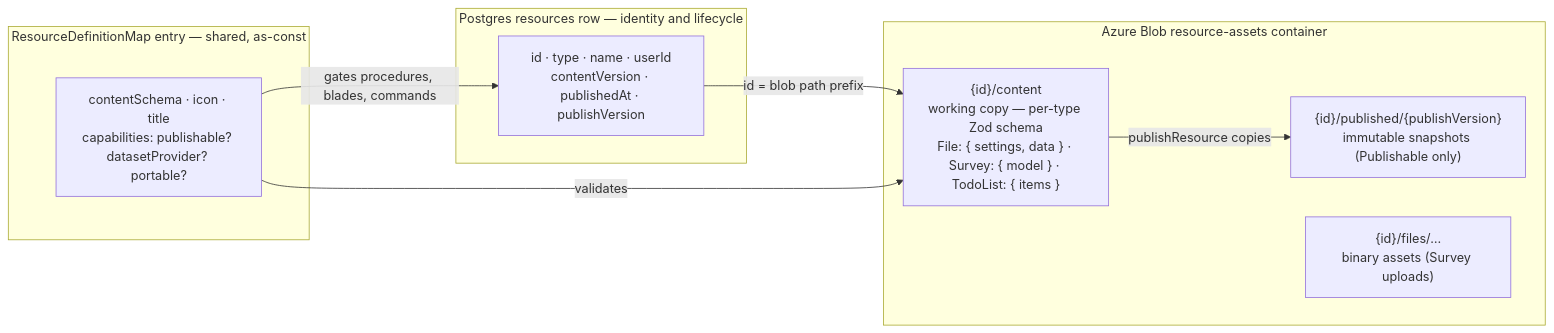
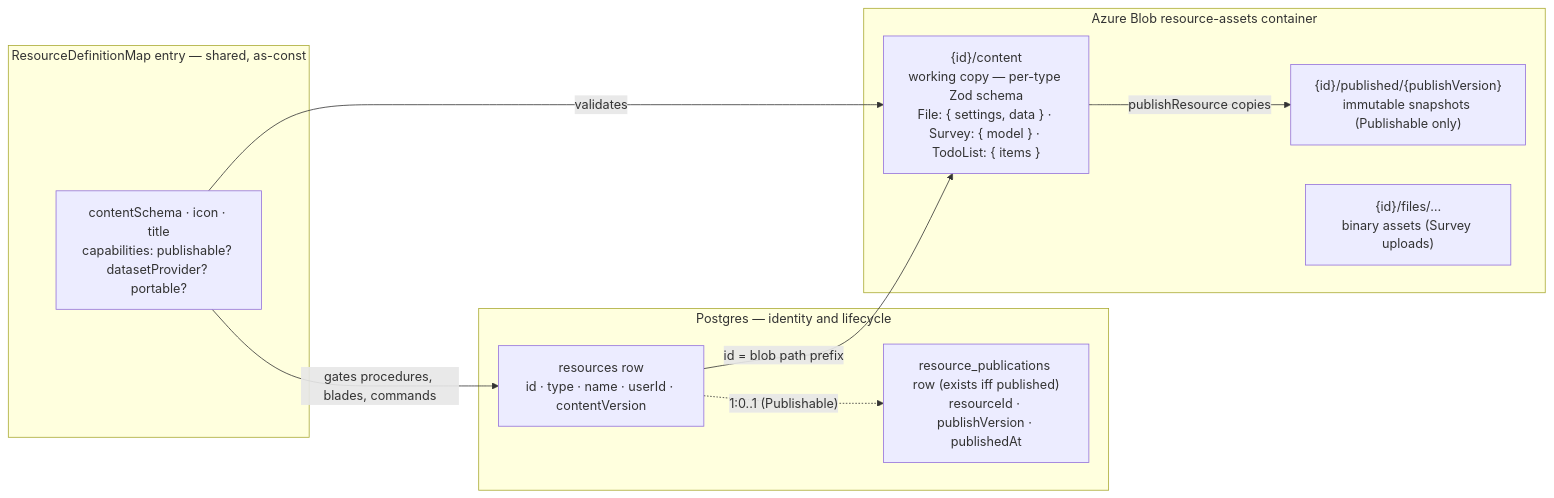
One commit to Esposter/Esposter changed the first of 2 diagrams in architecture/resources.md. Above: the diagram before and after it, drawn with Mermaid. The commit also changed other lines of this file and 19 other files, not shown here.

````diff
--- a/architecture/resources.md
+++ b/architecture/resources.md
@@ -13,21 +13,23 @@
 ```mermaid
 flowchart LR
-  subgraph pg [Postgres resources row — identity and lifecycle]
-    ROW["id · type · name · userId<br/>contentVersion · publishedAt · publishVersion"]
+  subgraph pg [Postgres — identity and lifecycle]
+    ROW["resources row<br/>id · type · name · userId · contentVersion"]
+    PUBROW["resource_publications row (exists iff published)<br/>resourceId · publishVersion · publishedAt"]
+    ROW -. "1:0..1 (Publishable)" .-> PUBROW
   end
 
   subgraph blob [Azure Blob resource-assets container]
     CONTENT["{id}/content<br/>working copy — per-type Zod schema<br/>File: { settings, data } · Survey: { model } · TodoList: { items }"]
     PUB["{id}/published/{publishVersion}<br/>immutable snapshots (Publishable only)"]
     FILES["{id}/files/…<br/>binary assets (Survey uploads)"]
   end
 
   subgraph def [ResourceDefinitionMap entry — shared, as-const]
     D["contentSchema · icon · title<br/>capabilities: publishable? datasetProvider? portable?"]
   end
 
   ROW -- "id = blob path prefix" --> CONTENT
   CONTENT -- "publishResource copies" --> PUB
   D -- "validates" --> CONTENT
   D -- "gates procedures, blades, commands" --> ROW
 ```
````
